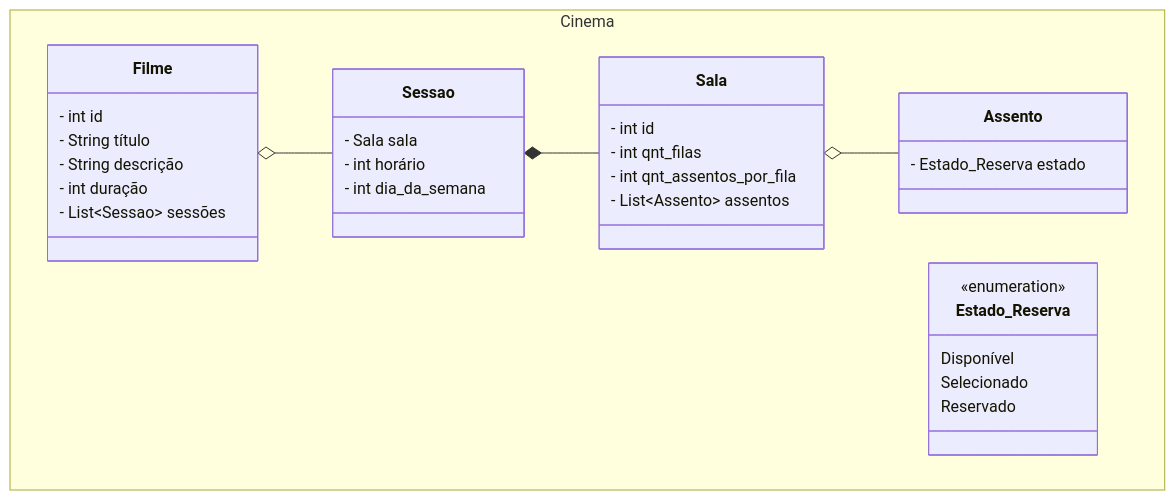
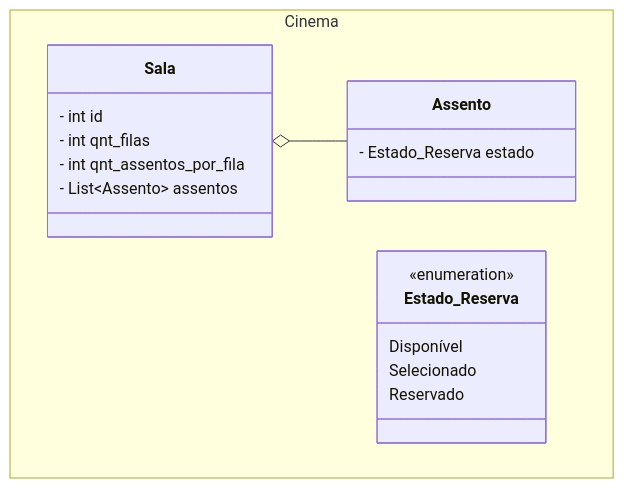
Before and after one commit to andre-sch/mesi_simulator: the first of 2 diagrams in README.md, drawn with Mermaid. The commit also changed other lines of this file and 2 other files, not shown here.

Commit message:
Reduce domain objects

````diff
--- a/README.md
+++ b/README.md
@@ -23,40 +18,24 @@
 ```mermaid
 classDiagram
   namespace Cinema {
-    class Filme {
-      - int id
-      - String título
-      - String descrição
-      - int duração
-      - List~Sessao~ sessões
-    }
-
-    class Sessao {
-      - Sala sala
-      - int horário
-      - int dia_da_semana
-    }
-    
     class Sala {
       - int id
       - int qnt_filas
       - int qnt_assentos_por_fila
       - List~Assento~ assentos
     }
     
     class Assento {
       - Estado_Reserva estado
     }
     
     class Estado_Reserva {
       <<enumeration>>
       Disponível
       Selecionado
       Reservado
     }
   }
   
   Sala o-- Assento
-  Filme o-- Sessao
-  Sessao *-- Sala
 ```
````
